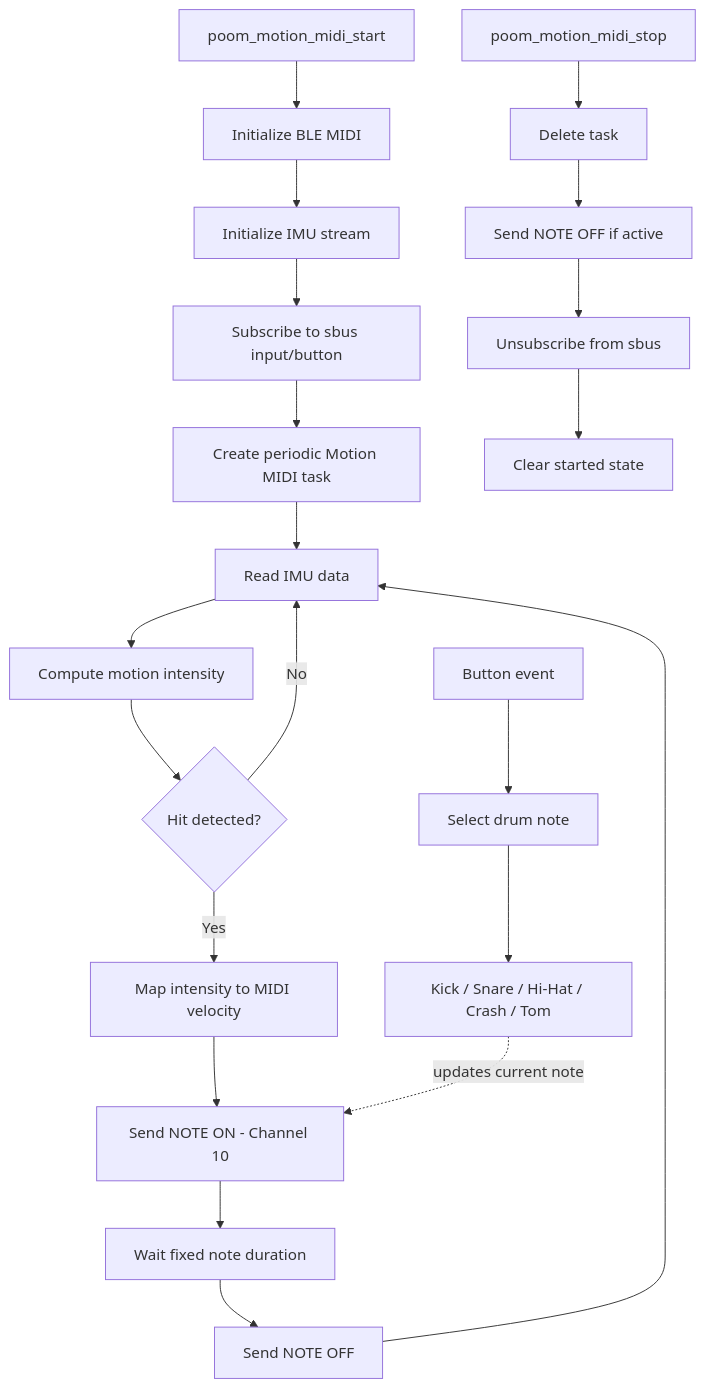
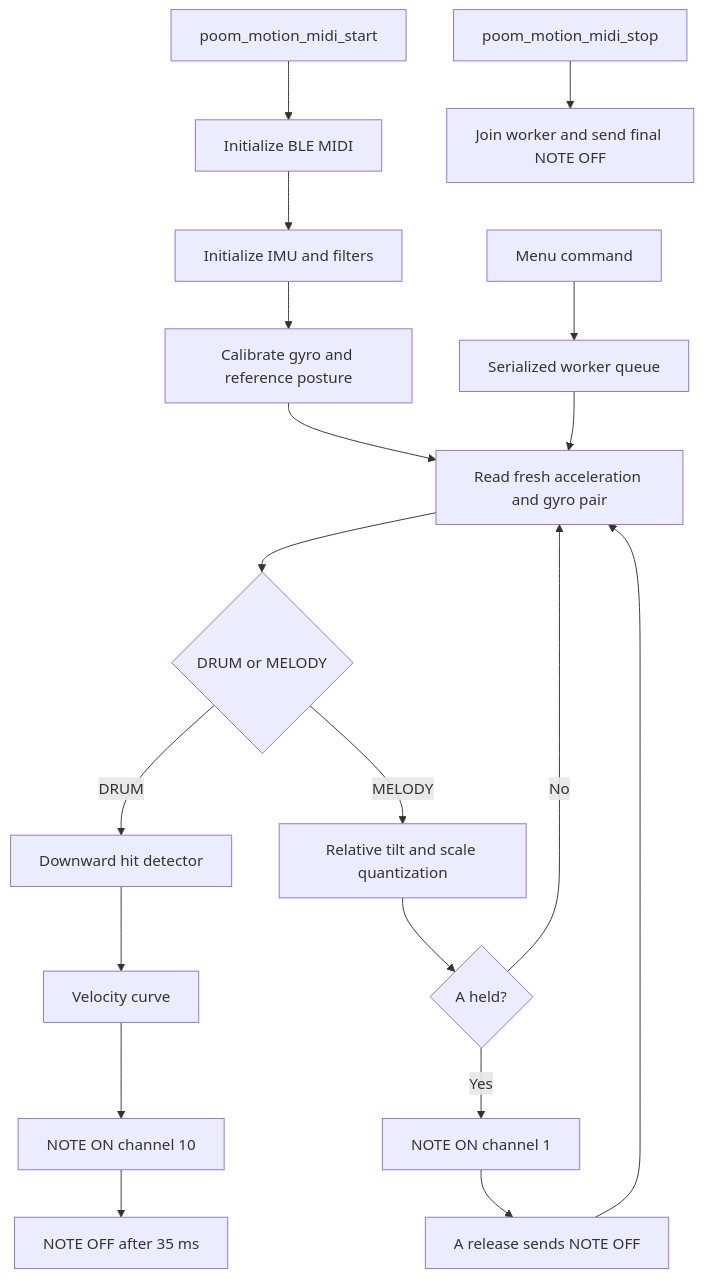
One commit to The-POOM/the_poom changed the diagram in applications/poom_motion_midi/README.md. Above: the diagram before and after it, drawn with Mermaid. The commit also changed other lines of this file and 11 other files, not shown here.

````diff
--- a/applications/poom_motion_midi/README.md
+++ b/applications/poom_motion_midi/README.md
@@ -58,28 +65,21 @@
 ```mermaid
 flowchart TD
     A[poom_motion_midi_start] --> B[Initialize BLE MIDI]
-    B --> C[Initialize IMU stream]
-    C --> D[Subscribe to sbus input/button]
-    D --> E[Create periodic Motion MIDI task]
-
-    E --> F[Read IMU data]
-    F --> G[Compute motion intensity]
-    G --> H{Hit detected?}
-
-    H -- No --> F
-    H -- Yes --> I[Map intensity to MIDI velocity]
-    I --> J[Send NOTE ON - Channel 10]
-    J --> K[Wait fixed note duration]
-    K --> L[Send NOTE OFF]
-    L --> F
-
-    M[Button event] --> N[Select drum note]
-    N --> O[Kick / Snare / Hi-Hat / Crash / Tom]
-
-    O -. updates current note .-> J
-
-    P[poom_motion_midi_stop] --> Q[Delete task]
-    Q --> R[Send NOTE OFF if active]
-    R --> S[Unsubscribe from sbus]
-    S --> T[Clear started state]
+    B --> C[Initialize IMU and filters]
+    C --> D[Calibrate gyro and reference posture]
+    D --> E[Read fresh acceleration and gyro pair]
+    E --> F{DRUM or MELODY}
+    F -- DRUM --> G[Downward hit detector]
+    G --> H[Velocity curve]
+    H --> I[NOTE ON channel 10]
+    I --> J[NOTE OFF after 35 ms]
+    F -- MELODY --> K[Relative tilt and scale quantization]
+    K --> L{A held?}
+    L -- No --> E
+    L -- Yes --> M[NOTE ON channel 1]
+    M --> N[A release sends NOTE OFF]
+    N --> E
+    O[Menu command] --> P[Serialized worker queue]
+    P --> E
+    Q[poom_motion_midi_stop] --> R[Join worker and send final NOTE OFF]
 ```
````
